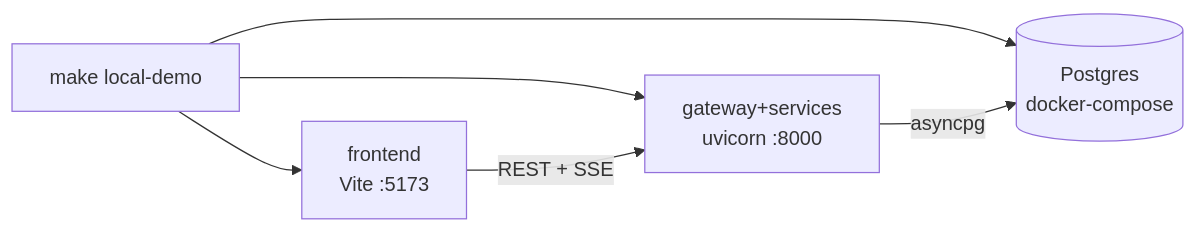
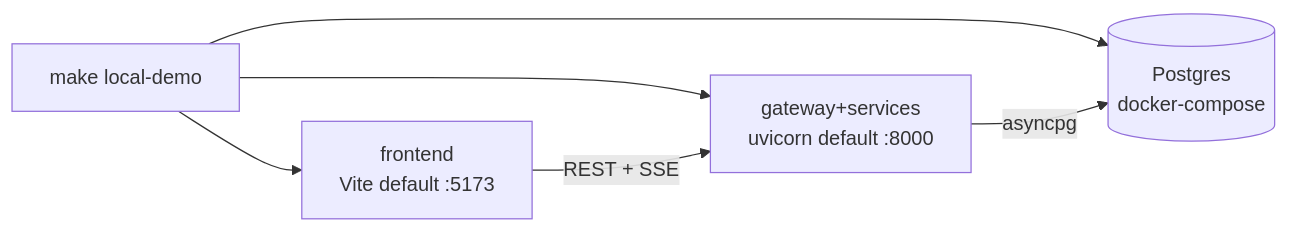
Before and after one commit to Kartik-Hirijaganer/FraudLens: the diagram in docs/runbooks/local-dev.md, drawn with Mermaid. The commit also changed other lines of this file and 7 other files, not shown here.

````diff
--- a/docs/runbooks/local-dev.md
+++ b/docs/runbooks/local-dev.md
@@ -54,8 +57,8 @@
 ```mermaid
 flowchart LR
     dev["make local-demo"] --> pg[("Postgres<br/>docker-compose")]
-    dev --> be["gateway+services<br/>uvicorn :8000"]
-    dev --> fe["frontend<br/>Vite :5173"]
+    dev --> be["gateway+services<br/>uvicorn default :8000"]
+    dev --> fe["frontend<br/>Vite default :5173"]
     be -->|asyncpg| pg
     fe -->|REST + SSE| be
 ```
````
